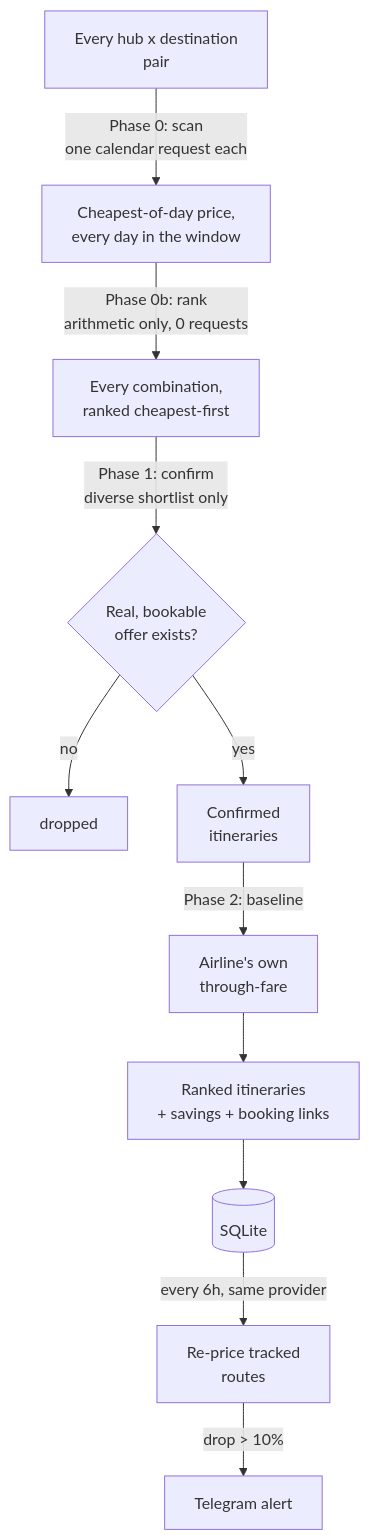
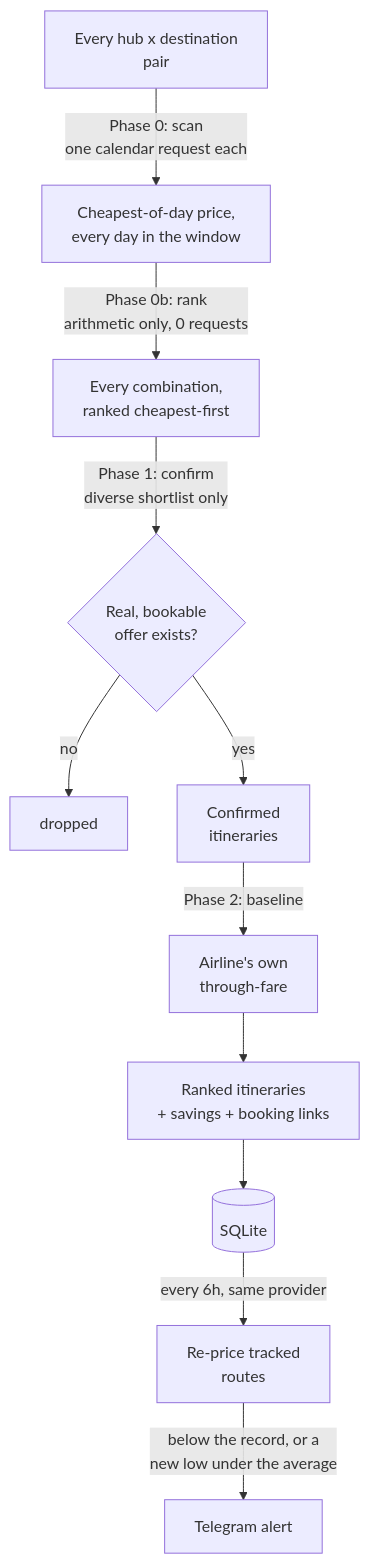
Before and after one commit to jaimebg/split-ticket-finder: the diagram in README.md, drawn with Mermaid. The commit also changed other lines of this file, not shown here.

````diff
--- a/README.md
+++ b/README.md
@@ -54,13 +56,13 @@
 ```mermaid
 flowchart TD
     A[Every hub x destination<br/>pair] -->|"Phase 0: scan<br/>one calendar request each"| B[Cheapest-of-day price,<br/>every day in the window]
     B -->|"Phase 0b: rank<br/>arithmetic only, 0 requests"| C[Every combination,<br/>ranked cheapest-first]
     C -->|"Phase 1: confirm<br/>diverse shortlist only"| D{Real, bookable<br/>offer exists?}
     D -->|no| X[dropped]
     D -->|yes| E[Confirmed<br/>itineraries]
     E -->|"Phase 2: baseline"| F[Airline's own<br/>through-fare]
     F --> G[Ranked itineraries<br/>+ savings + booking links]
     G --> H[(SQLite)]
     H -->|"every 6h, same provider"| I[Re-price tracked<br/>routes]
-    I -->|"drop > 10%"| J[Telegram alert]
+    I -->|"below the record, or a<br/>new low under the average"| J[Telegram alert]
 ```
````
